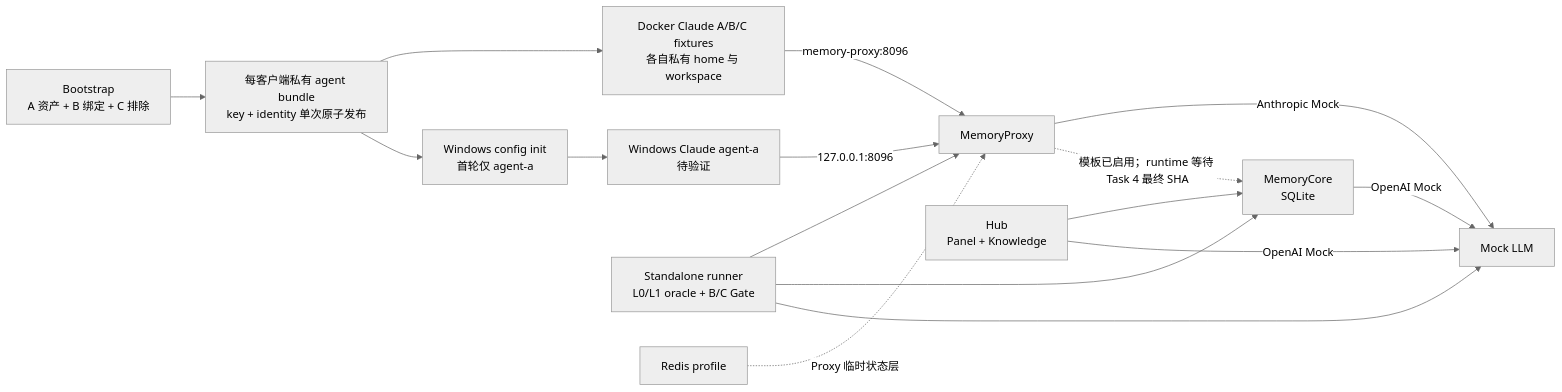
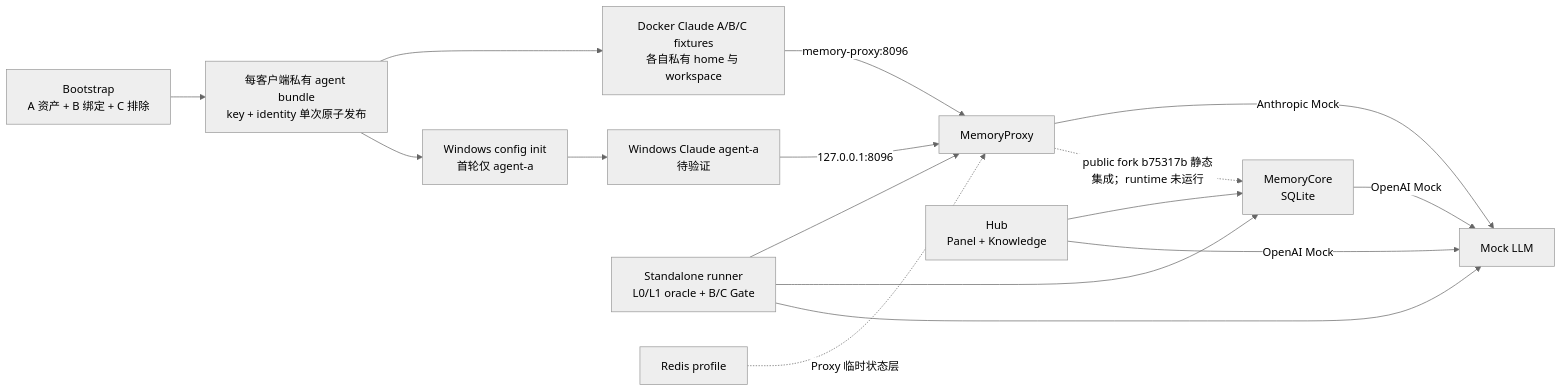
One commit to psiQAQ/agents-memory changed the second of 3 diagrams in docs/enterprise-memory-system-evaluation.md. Above: the diagram before and after it, drawn with Mermaid (neutral theme). The commit also changed other lines of this file and 6 other files, not shown here.

````diff
--- a/docs/enterprise-memory-system-evaluation.md
+++ b/docs/enterprise-memory-system-evaluation.md
@@ -89,18 +89,18 @@
 ```mermaid
 flowchart LR
   B["Bootstrap<br/>A 资产 + B 绑定 + C 排除"] --> F["每客户端私有 agent bundle<br/>key + identity 单次原子发布"]
   F --> DA["Docker Claude A/B/C fixtures<br/>各自私有 home 与 workspace"]
   F --> WI["Windows config init<br/>首轮仅 agent-a"]
   WI --> WA["Windows Claude agent-a<br/>待验证"]
   WA -->|"127.0.0.1:8096"| P["MemoryProxy"]
   DA -->|"memory-proxy:8096"| P
   P -->|"Anthropic Mock"| M["Mock LLM"]
   C["MemoryCore<br/>SQLite"] -->|"OpenAI Mock"| M
   T["Standalone runner<br/>L0/L1 oracle + B/C Gate"] --> P
   T --> C
   T --> M
   H["Hub<br/>Panel + Knowledge"] --> C
   H -->|"OpenAI Mock"| M
-  P -. "模板已启用；runtime 等待 Task 4 最终 SHA" .-> C
+  P -. "public fork b75317b 静态集成；runtime 未运行" .-> C
   R["Redis profile"] -. "Proxy 临时状态层" .-> P
 ```
````
